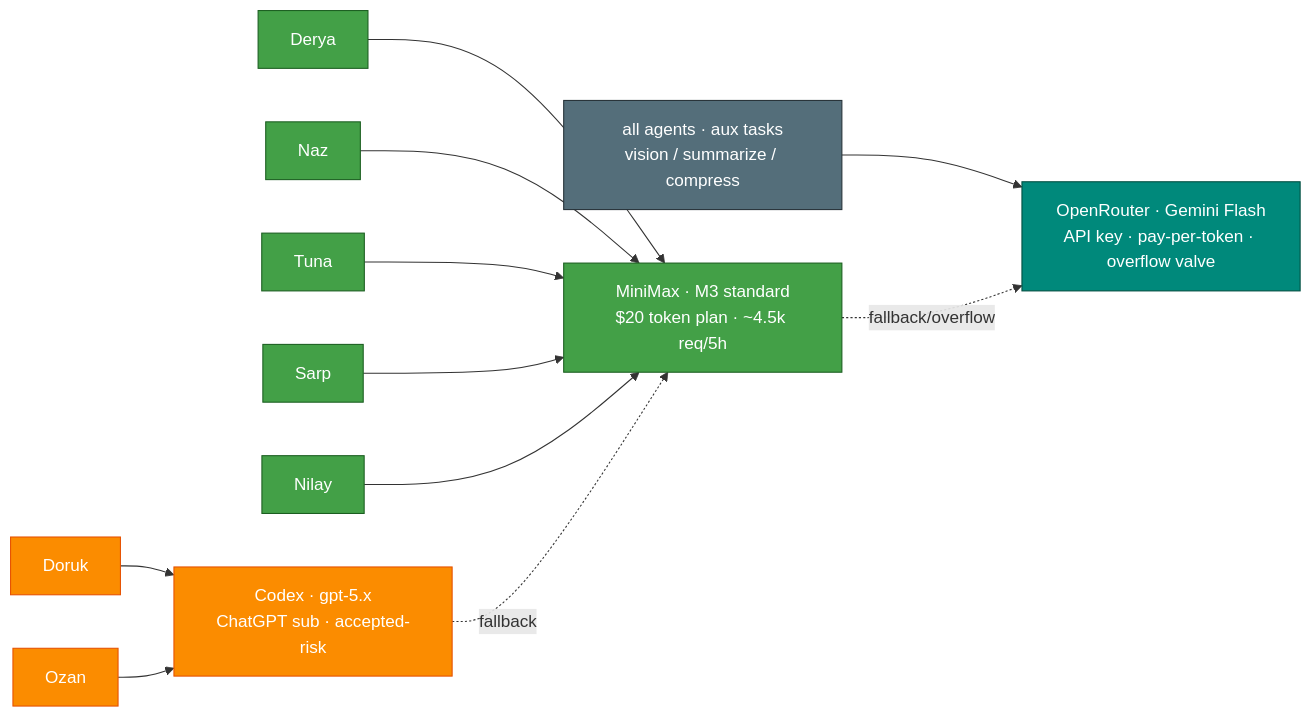
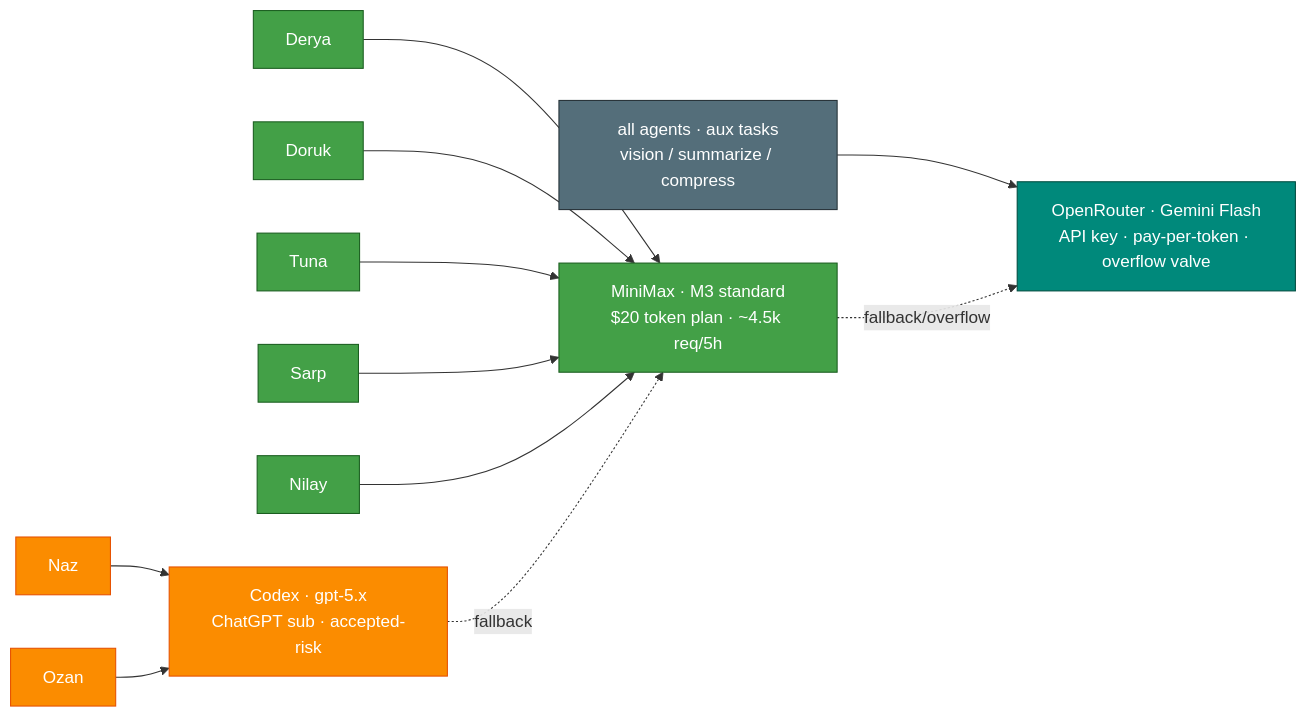
The diagram in docs/04-models.md (mpolatcan/hermes-setup), drawn with Mermaid before and after one commit. The commit also changed other lines of this file and 4 other files, not shown here.

First line of the commit message:
docs(models): Codex = coder + writer; research -> MiniMax M3

````diff
--- a/docs/04-models.md
+++ b/docs/04-models.md
@@ -7,16 +7,16 @@
 ```mermaid
 flowchart LR
-    Doruk & Ozan --> codex["Codex · gpt-5.x<br/>ChatGPT sub · accepted-risk"]
-    Derya & Naz & Tuna & Sarp & Nilay --> mini["MiniMax · M3 standard<br/>$20 token plan · ~4.5k req/5h"]
+    Naz & Ozan --> codex["Codex · gpt-5.x<br/>ChatGPT sub · accepted-risk"]
+    Derya & Doruk & Tuna & Sarp & Nilay --> mini["MiniMax · M3 standard<br/>$20 token plan · ~4.5k req/5h"]
     aux["all agents · aux tasks<br/>vision / summarize / compress"] --> or["OpenRouter · Gemini Flash<br/>API key · pay-per-token · overflow valve"]
     codex -. fallback .-> mini
     mini -. fallback/overflow .-> or
     classDef codex fill:#FB8C00,stroke:#E65100,color:#fff
     classDef mini fill:#43A047,stroke:#1B5E20,color:#fff
     classDef ext fill:#00897B,stroke:#004D40,color:#fff
     classDef neutral fill:#546E7A,stroke:#263238,color:#fff
-    class Doruk,Ozan,codex codex
-    class Derya,Naz,Tuna,Sarp,Nilay,mini mini
+    class Naz,Ozan,codex codex
+    class Derya,Doruk,Tuna,Sarp,Nilay,mini mini
     class or ext
     class aux neutral
 ```
````
